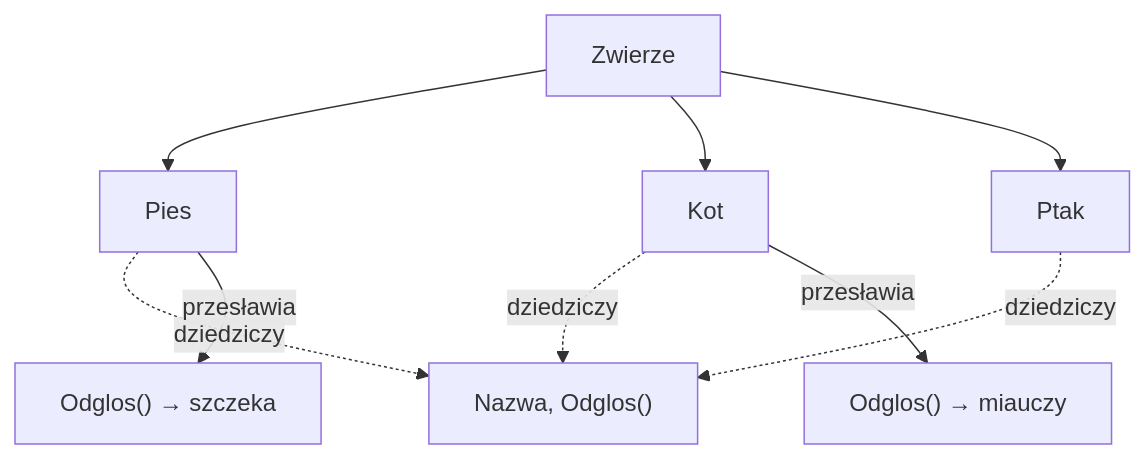
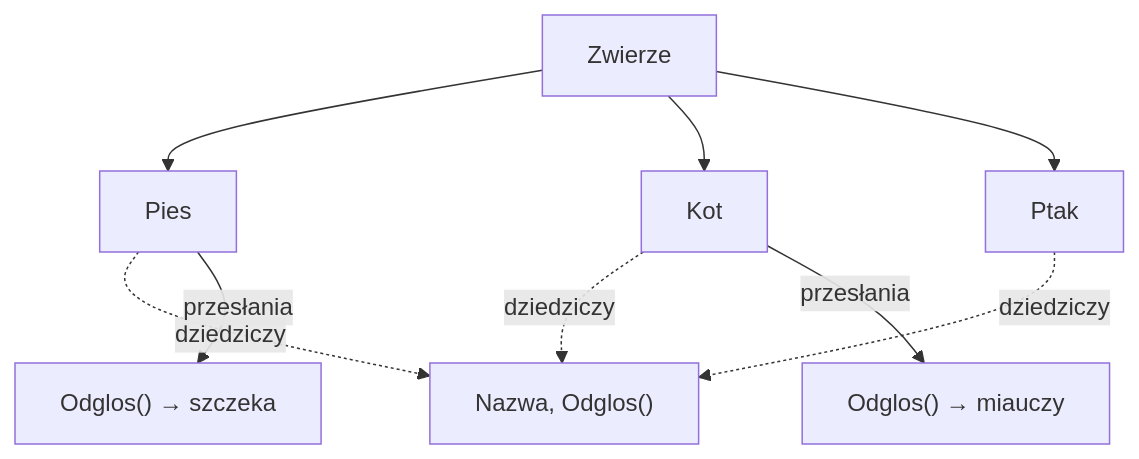
One commit to tborzyszkowski/csharp-programming changed the fourth of 8 diagrams in src/01-klasy/_01_oop_fundamentals/README.md. Above: the diagram before and after it, drawn with Mermaid. The commit also changed other lines of this file and 74 other files, not shown here.

````diff
--- a/src/01-klasy/_01_oop_fundamentals/README.md
+++ b/src/01-klasy/_01_oop_fundamentals/README.md
@@ -256,14 +256,14 @@
 ```mermaid
 graph TD
     A["Zwierze"]
     A --> B["Pies"]
     A --> C["Kot"]
     A --> D["Ptak"]
     
     B -.->|"dziedziczy"| E["Nazwa, Odglos()"]
     C -.->|"dziedziczy"| E
     D -.->|"dziedziczy"| E
     
-    B -->|"przesławia"| F["Odglos() → szczeka"]
-    C -->|"przesławia"| G["Odglos() → miauczy"]
+    B -->|"przesłania"| F["Odglos() → szczeka"]
+    C -->|"przesłania"| G["Odglos() → miauczy"]
 ```
````
